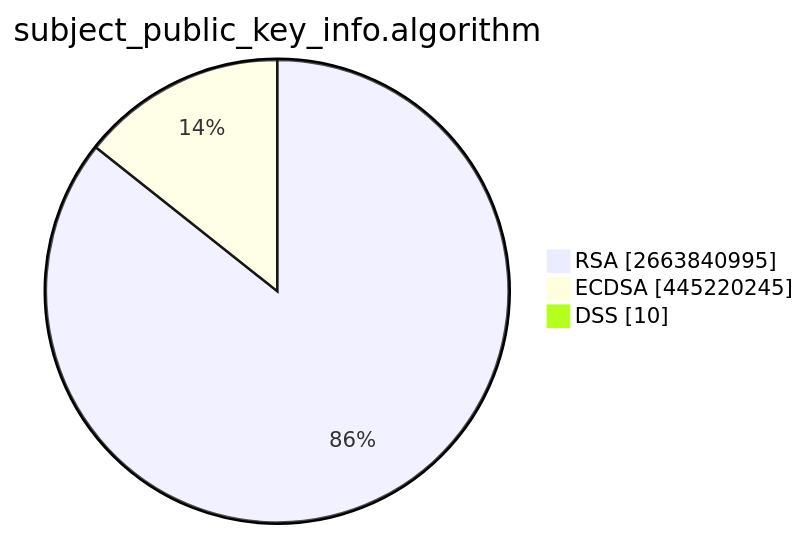
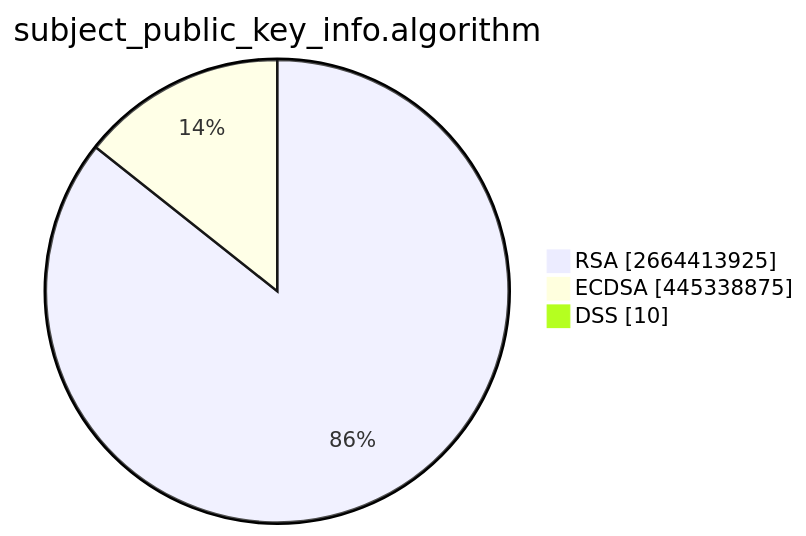
The second of 15 diagrams in TOTAL/README.md (christiankrug/ctmonitor_visualization), drawn with Mermaid before and after one commit. The commit also changed other lines of this file, not shown here.

````diff
--- a/TOTAL/README.md
+++ b/TOTAL/README.md
@@ -6,7 +6,7 @@
 ```mermaid
 pie showData
 title subject_public_key_info.algorithm
-"RSA" :2663840995
-"ECDSA" :445220245
+"RSA" :2664413925
+"ECDSA" :445338875
 "DSS" :10
 ```
````
